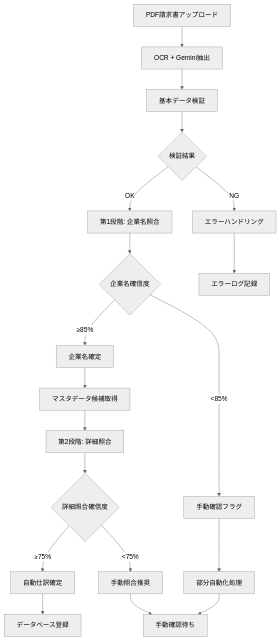
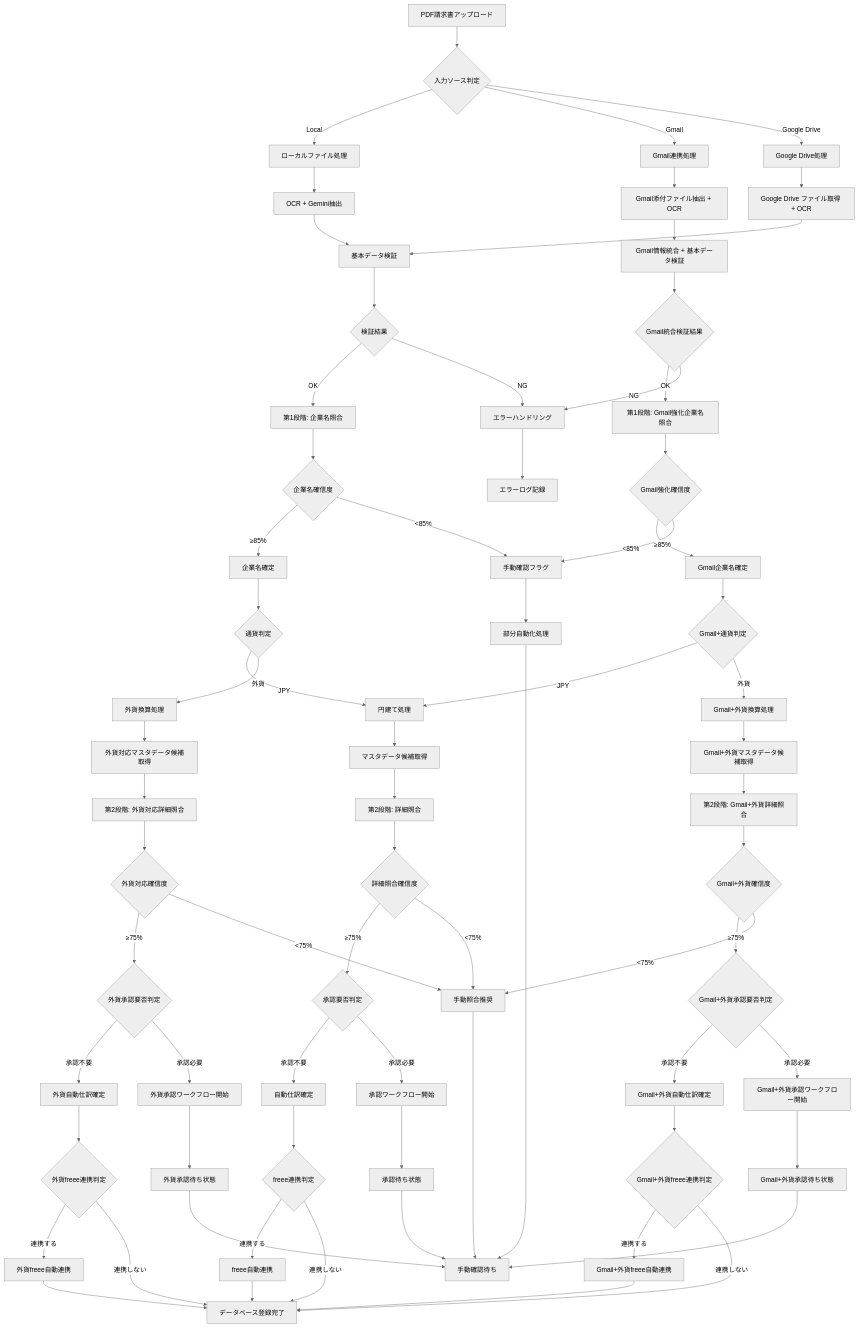
The diagram in docs/11_2段階照合ワークフロー実装仕様.md (gucchon001/invoice-processing-system), drawn with Mermaid (neutral theme) before and after one commit. The commit also changed other lines of this file and 46 other files, not shown here.

````diff
--- a/docs/11_2段階照合ワークフロー実装仕様.md
+++ b/docs/11_2段階照合ワークフロー実装仕様.md
@@ -24,24 +29,92 @@
 ```mermaid
 graph TD
-    A[PDF請求書アップロード] --> B[OCR + Gemini抽出]
-    B --> C[基本データ検証]
-    C --> D{検証結果}
-    D -->|OK| E[第1段階: 企業名照合]
-    D -->|NG| F[エラーハンドリング]
+    A[PDF請求書アップロード] --> B{入力ソース判定}
+    B -->|Local| C1[ローカルファイル処理]
+    B -->|Gmail| C2[Gmail連携処理]
+    B -->|Google Drive| C3[Google Drive処理]
     
-    E --> G{企業名確信度}
-    G -->|≥85%| H[企業名確定]
-    G -->|<85%| I[手動確認フラグ]
+    C1 --> D[OCR + Gemini抽出]
+    C2 --> D2[Gmail添付ファイル抽出 + OCR]
+    C3 --> D3[Google Drive ファイル取得 + OCR]
     
-    H --> J[マスタデータ候補取得]
-    J --> K[第2段階: 詳細照合]
-    K --> L{詳細照合確信度}
-    L -->|≥75%| M[自動仕訳確定]
-    L -->|<75%| N[手動照合推奨]
+    D --> E[基本データ検証]
+    D2 --> E2[Gmail情報統合 + 基本データ検証]
+    D3 --> E
     
-    I --> O[部分自動化処理]
-    F --> P[エラーログ記録]
-    M --> Q[データベース登録]
-    N --> R[手動確認待ち]
-    O --> R
+    E --> F{検証結果}
+    E2 --> F2{Gmail統合検証結果}
+    
+    F -->|OK| G[第1段階: 企業名照合]
+    F -->|NG| H[エラーハンドリング]
+    F2 -->|OK| G2[第1段階: Gmail強化企業名照合]
+    F2 -->|NG| H
+    
+    G --> I{企業名確信度}
+    G2 --> I2{Gmail強化確信度}
+    
+    I -->|≥85%| J[企業名確定]
+    I -->|<85%| K[手動確認フラグ]
+    I2 -->|≥85%| J2[Gmail企業名確定]
+    I2 -->|<85%| K
+    
+    J --> L{通貨判定}
+    J2 --> L2{Gmail+通貨判定}
+    
+    L -->|JPY| M[円建て処理]
+    L -->|外貨| N[外貨換算処理]
+    L2 -->|JPY| M
+    L2 -->|外貨| N2[Gmail+外貨換算処理]
+    
+    M --> O[マスタデータ候補取得]
+    N --> O2[外貨対応マスタデータ候補取得]
+    N2 --> O3[Gmail+外貨マスタデータ候補取得]
+    
+    O --> P[第2段階: 詳細照合]
+    O2 --> P2[第2段階: 外貨対応詳細照合]
+    O3 --> P3[第2段階: Gmail+外貨詳細照合]
+    
+    P --> Q{詳細照合確信度}
+    P2 --> Q2{外貨対応確信度}
+    P3 --> Q3{Gmail+外貨確信度}
+    
+    Q -->|≥75%| R{承認要否判定}
+    Q -->|<75%| S[手動照合推奨]
+    Q2 -->|≥75%| R2{外貨承認要否判定}
+    Q2 -->|<75%| S
+    Q3 -->|≥75%| R3{Gmail+外貨承認要否判定}
+    Q3 -->|<75%| S
+    
+    R -->|承認不要| T[自動仕訳確定]
+    R -->|承認必要| U[承認ワークフロー開始]
+    R2 -->|承認不要| T2[外貨自動仕訳確定]
+    R2 -->|承認必要| U2[外貨承認ワークフロー開始]
+    R3 -->|承認不要| T3[Gmail+外貨自動仕訳確定]
+    R3 -->|承認必要| U3[Gmail+外貨承認ワークフロー開始]
+    
+    T --> V{freee連携判定}
+    T2 --> V2{外貨freee連携判定}
+    T3 --> V3{Gmail+外貨freee連携判定}
+    
+    U --> W[承認待ち状態]
+    U2 --> W2[外貨承認待ち状態]
+    U3 --> W3[Gmail+外貨承認待ち状態]
+    
+    V -->|連携する| X[freee自動連携]
+    V -->|連携しない| Y[データベース登録完了]
+    V2 -->|連携する| X2[外貨freee自動連携]
+    V2 -->|連携しない| Y
+    V3 -->|連携する| X3[Gmail+外貨freee自動連携]
+    V3 -->|連携しない| Y
+    
+    X --> Y
+    X2 --> Y
+    X3 --> Y
+    
+    K --> Z[部分自動化処理]
+    H --> AA[エラーログ記録]
+    S --> BB[手動確認待ち]
+    W --> BB
+    W2 --> BB
+    W3 --> BB
+    Z --> BB
 ```
````
